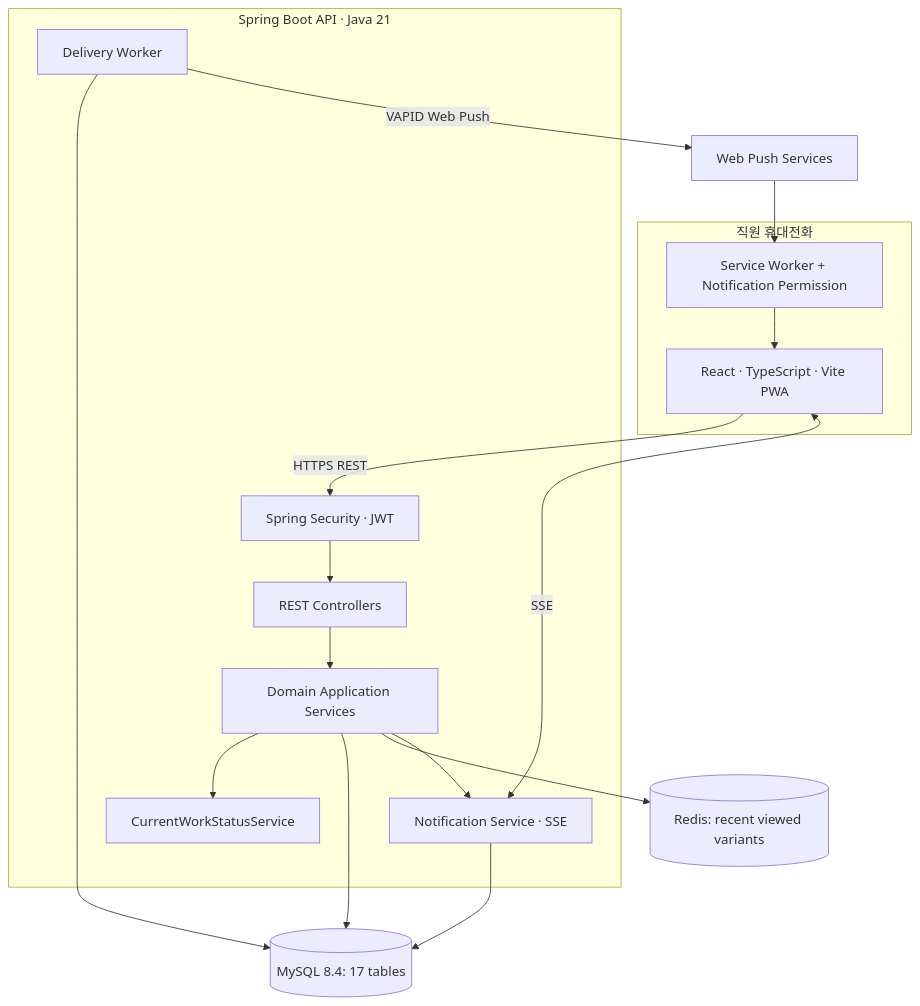
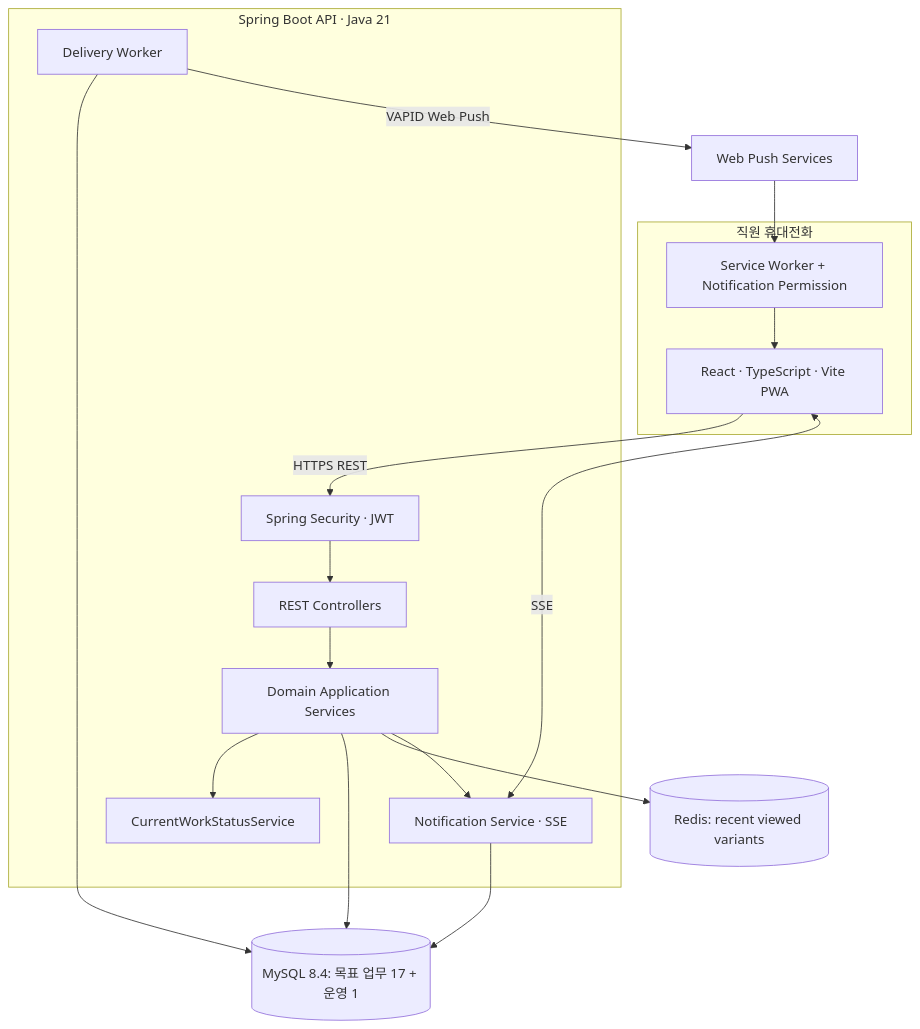
The first of 2 diagrams in docs/05-architecture.md (eodud9/jashop), drawn with Mermaid before and after one commit. The commit also changed other lines of this file and 21 other files, not shown here.

````diff
--- a/docs/05-architecture.md
+++ b/docs/05-architecture.md
@@ -48,29 +48,29 @@
 ```mermaid
 flowchart TB
   subgraph Client[직원 휴대전화]
     UI[React · TypeScript · Vite PWA]
     SW[Service Worker + Notification Permission]
   end
   subgraph Backend[Spring Boot API · Java 21]
     SEC[Spring Security · JWT]
     REST[REST Controllers]
     DOM[Domain Application Services]
     STATUS[CurrentWorkStatusService]
     NOTI[Notification Service · SSE]
     WORKER[Delivery Worker]
   end
-  MYSQL[(MySQL 8.4: 17 tables)]
+  MYSQL[(MySQL 8.4: 목표 업무 17 + 운영 1)]
   REDIS[(Redis: recent viewed variants)]
   PUSH[Web Push Services]
   UI -->|HTTPS REST| SEC
   UI <-->|SSE| NOTI
   SEC --> REST --> DOM
   DOM --> STATUS
   DOM --> MYSQL
   DOM --> REDIS
   DOM --> NOTI
   NOTI --> MYSQL
   WORKER --> MYSQL
   WORKER -->|VAPID Web Push| PUSH
   PUSH --> SW --> UI
 ```
````
